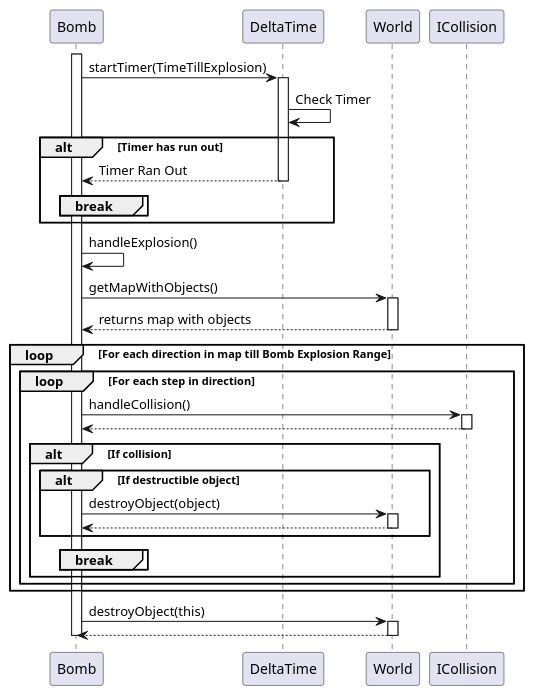
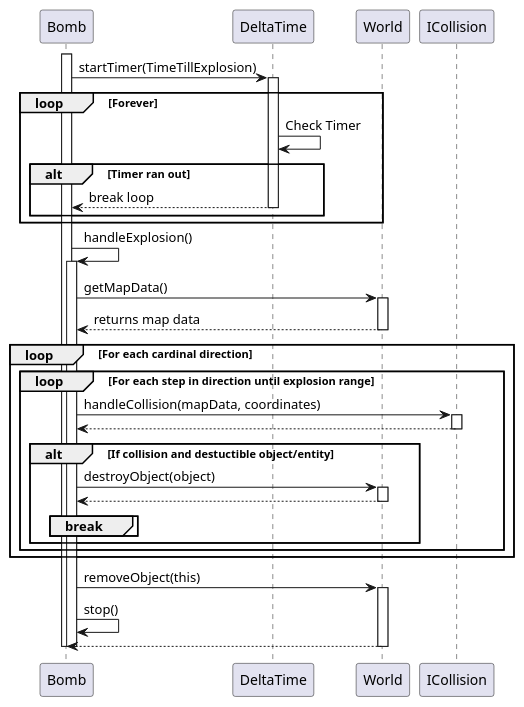
Before and after one commit to TidosDK/boom-battle: the diagram in Documentation/weapon_seq.puml, drawn with PlantUML.

Commit message:
Created weapons sequence diagram

```diff
--- a/Documentation/weapon_seq.puml
+++ b/Documentation/weapon_seq.puml
@@ -1,57 +1,66 @@
 @startuml
 
 participant Bomb
 participant DeltaTime
 participant World
 participant ICollision
 
 
 activate Bomb
-Bomb->DeltaTime: startTimer(TimeTillExplosion)
 
-activate DeltaTime
-DeltaTime->DeltaTime: Check Timer
+	Bomb->DeltaTime: startTimer(TimeTillExplosion)
 
-alt Timer has run out
-	DeltaTime-->Bomb: Timer Ran Out
-	deactivate DeltaTime
-	break
+	activate DeltaTime
+	loop Forever
+	DeltaTime -> DeltaTime: Check Timer
+		alt Timer ran out
+			DeltaTime-->Bomb: break loop
+			deactivate DeltaTime
+		end
 	end
-end
 
-Bomb -> Bomb: handleExplosion()
-Bomb -> World: getMapWithObjects()
-activate World
+	Bomb -> Bomb: handleExplosion()
+	activate Bomb
 
-World --> Bomb: returns map with objects
-deactivate World
+		' Map data is both objects and entities
+		Bomb -> World: getMapData()
+		activate World
 
-loop For each direction in map till Bomb Explosion Range
-	loop For each step in direction
-		Bomb -> ICollision: handleCollision()
-		activate ICollision
-		ICollision --> Bomb
-		deactivate ICollision
-		alt If collision
-			alt If destructible object
-				Bomb -> World: destroyObject(object)
-				activate World
-				World --> Bomb
-				deactivate World
-			end
-			break
+		World --> Bomb: returns map data
+		deactivate World
+
+
+		loop For each cardinal direction
+			loop For each step in direction until explosion range
+
+				Bomb -> ICollision: handleCollision(mapData, coordinates)
+				activate ICollision
+
+				ICollision --> Bomb
+				deactivate ICollision
+
+				alt If collision and destuctible object/entity
+					Bomb -> World: destroyObject(object)
+					activate World
+
+					World --> Bomb
+					deactivate World
+					break
+					end
+				end
 			end
 		end
-	end
-end
 
-Bomb -> World: destroyObject(this)
-activate World
+		Bomb -> World: removeObject(this)
+		activate World
 
-World --> Bomb
-deactivate World
+		Bomb -> Bomb: stop()
+
+		World --> Bomb
+		deactivate World
+
+	deactivate Bomb
 
 deactivate Bomb
 
-
 @enduml
```
